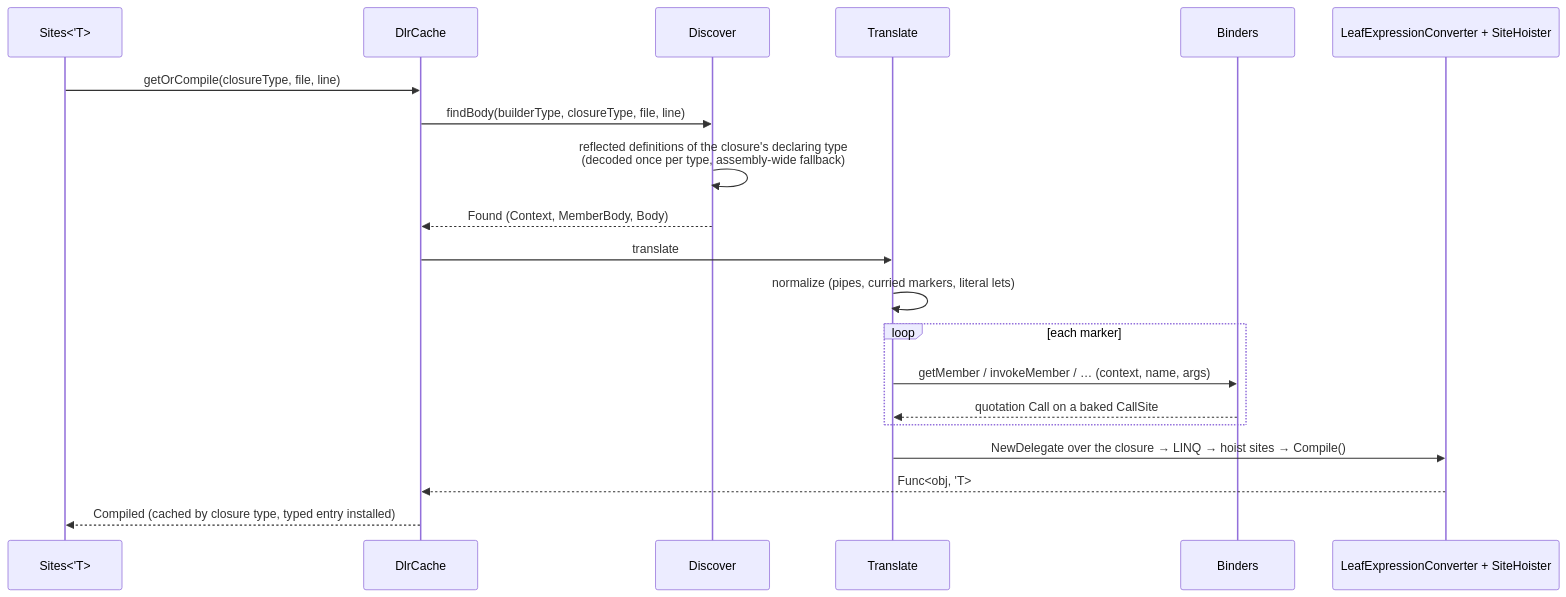
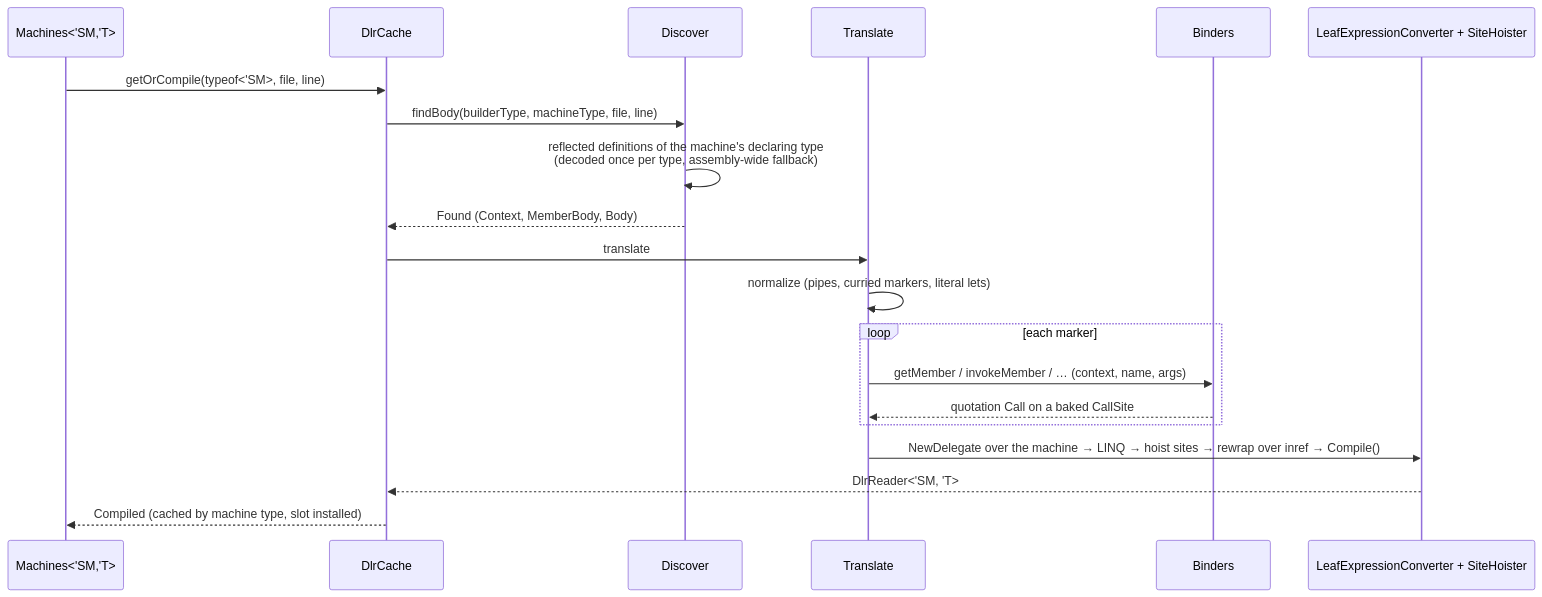
The third of 3 diagrams in docs/pipeline.md (ekonbenefits/FSharp.Interop.Dlr), drawn with Mermaid before and after one commit. The commit also changed other lines of this file and 16 other files, not shown here.

````diff
--- a/docs/pipeline.md
+++ b/docs/pipeline.md
@@ -71,23 +88,23 @@
 ```mermaid
 sequenceDiagram
-    participant S as Sites<'T>
+    participant S as Machines<'SM,'T>
     participant DC as DlrCache
     participant Di as Discover
     participant T as Translate
     participant B as Binders
     participant L as LeafExpressionConverter + SiteHoister
 
-    S->>DC: getOrCompile(closureType, file, line)
-    DC->>Di: findBody(builderType, closureType, file, line)
-    Di->>Di: reflected definitions of the closure's declaring type<br/>(decoded once per type, assembly-wide fallback)
+    S->>DC: getOrCompile(typeof<'SM>, file, line)
+    DC->>Di: findBody(builderType, machineType, file, line)
+    Di->>Di: reflected definitions of the machine's declaring type<br/>(decoded once per type, assembly-wide fallback)
     Di-->>DC: Found (Context, MemberBody, Body)
     DC->>T: translate
     T->>T: normalize (pipes, curried markers, literal lets)
     loop each marker
         T->>B: getMember / invokeMember / … (context, name, args)
         B-->>T: quotation Call on a baked CallSite
     end
-    T->>L: NewDelegate over the closure → LINQ → hoist sites → Compile()
-    L-->>DC: Func<obj, 'T>
-    DC-->>S: Compiled (cached by closure type, typed entry installed)
+    T->>L: NewDelegate over the machine → LINQ → hoist sites → rewrap over inref → Compile()
+    L-->>DC: DlrReader<'SM, 'T>
+    DC-->>S: Compiled (cached by machine type, slot installed)
 ```
````
